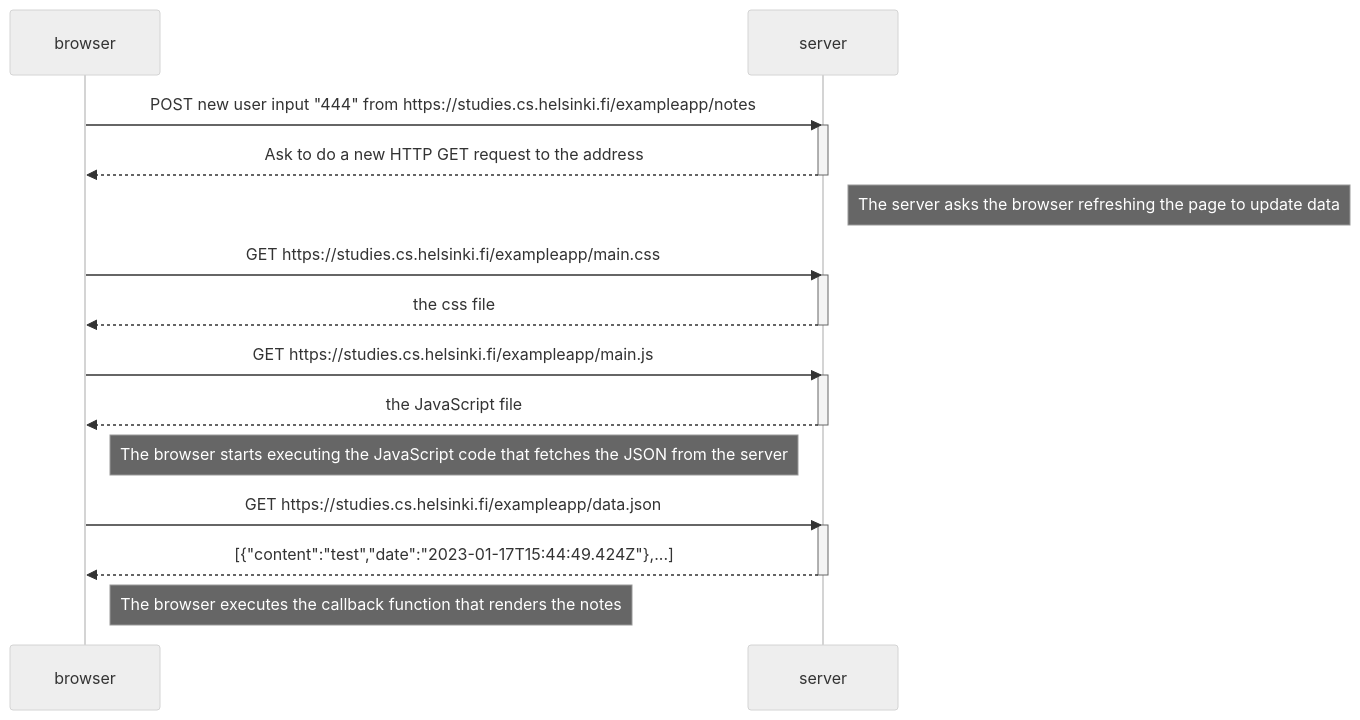
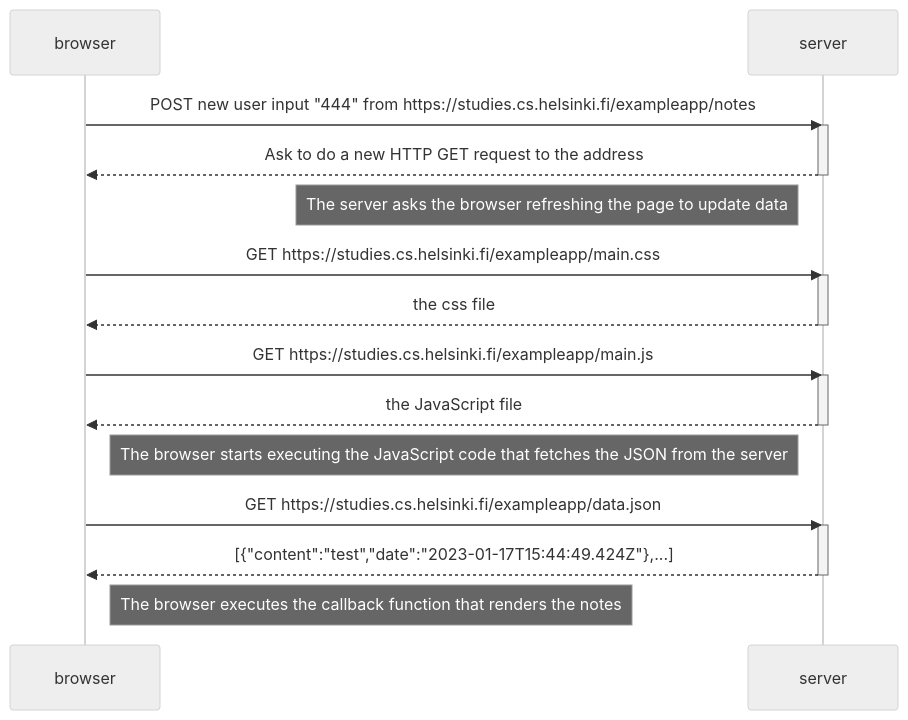
Before and after one commit to SayanoSong/CSI4103-Lab2: the diagram in part0/ex04.md, drawn with Mermaid (neutral theme). The commit also changed 2 other files, not shown here.

````diff
--- a/part0/ex04.md
+++ b/part0/ex04.md
@@ -1,31 +1,31 @@
 ```mermaid
 sequenceDiagram
     participant browser
     participant server
     
     browser->>server: POST new user input "444" from https://studies.cs.helsinki.fi/exampleapp/notes
     activate server
     server-->>browser: Ask to do a new HTTP GET request to the address
     deactivate server
     
-    Note right of server: The server asks the browser refreshing the page to update data
+    Note left of server: The server asks the browser refreshing the page to update data
 
     browser->>server: GET https://studies.cs.helsinki.fi/exampleapp/main.css
     activate server
     server-->>browser: the css file
     deactivate server
     
     browser->>server: GET https://studies.cs.helsinki.fi/exampleapp/main.js
     activate server
     server-->>browser: the JavaScript file
     deactivate server
     
     Note right of browser: The browser starts executing the JavaScript code that fetches the JSON from the server
     
     browser->>server: GET https://studies.cs.helsinki.fi/exampleapp/data.json
     activate server
     server-->>browser: [{"content":"test","date":"2023-01-17T15:44:49.424Z"},...]
     deactivate server    
 
     Note right of browser: The browser executes the callback function that renders the notes
 ```
````
